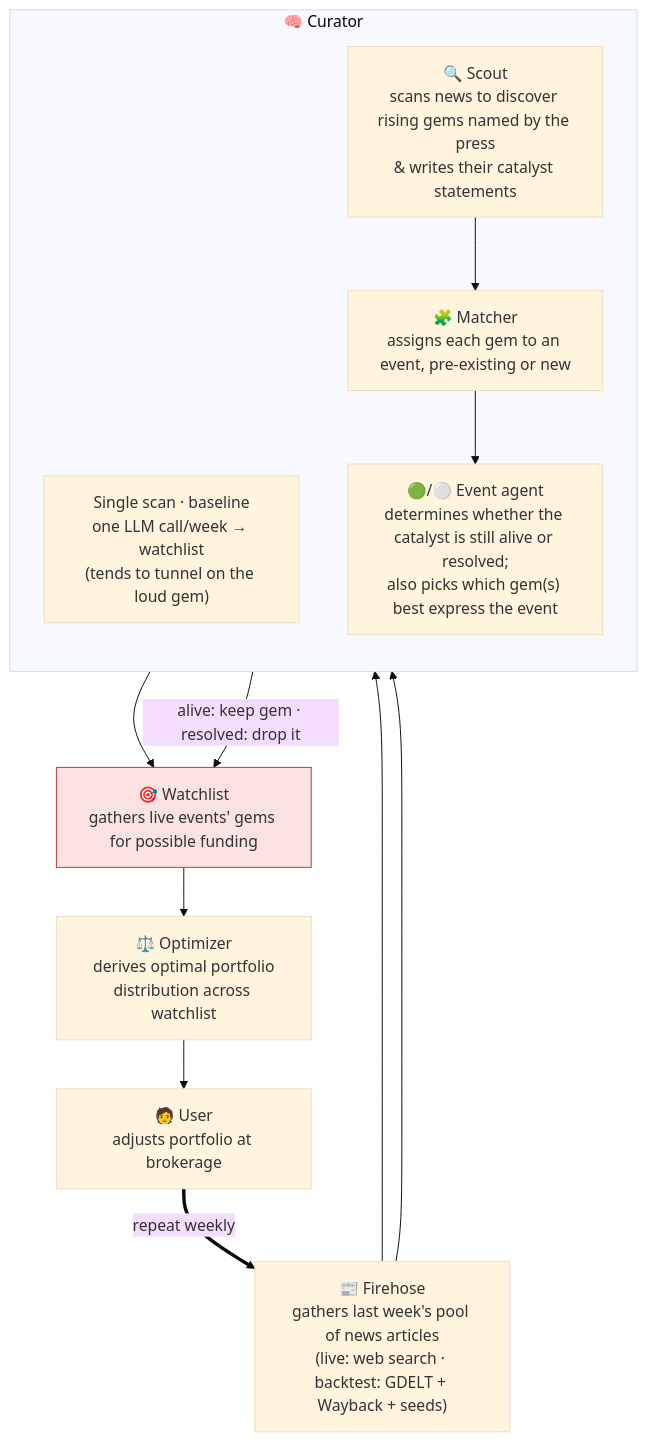
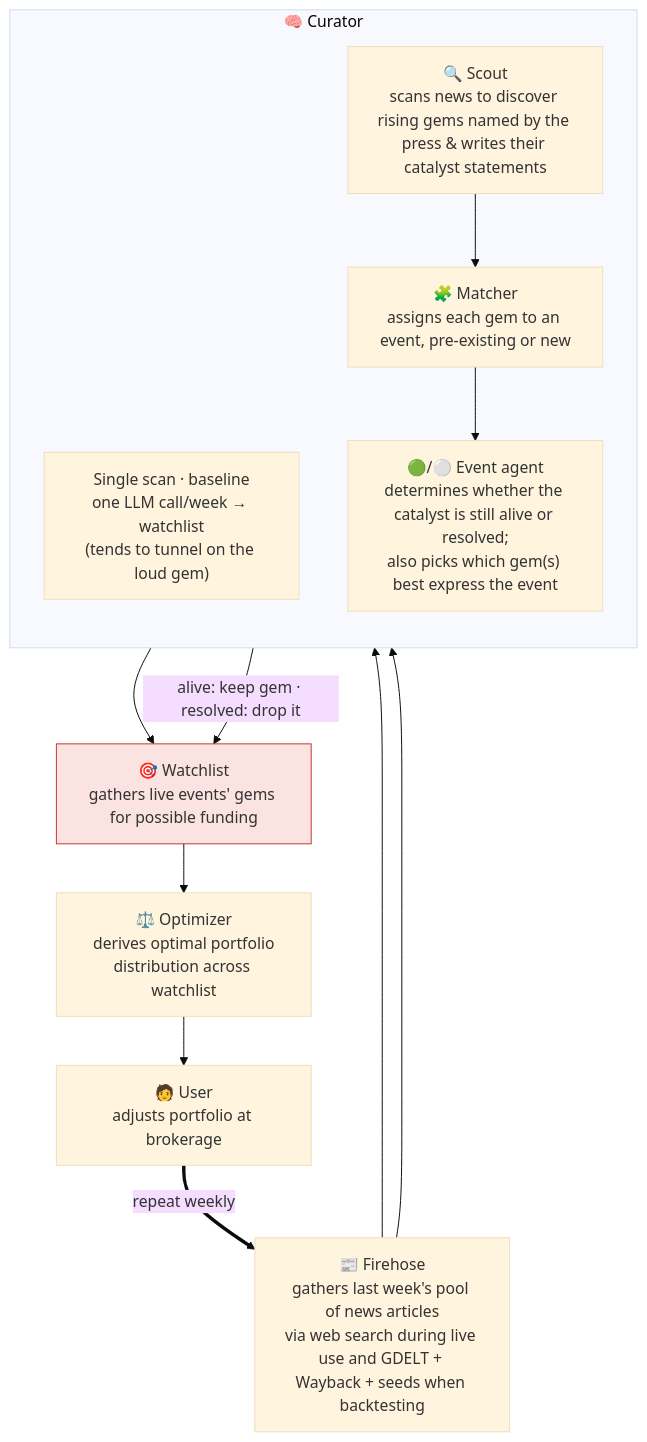
One commit to joehahn/geo-herd-rider changed the diagram in README.md. Above: the diagram before and after it, drawn with Mermaid (base theme).

Commit message:
README: diagram — one-line Scout node; reword Firehose source modes

````diff
--- a/README.md
+++ b/README.md
@@ -18,27 +18,27 @@
 ```mermaid
 flowchart TD
-    S["📰 Firehose<br/>gathers last week's pool of news articles<br/>(live: web search · backtest: GDELT + Wayback + seeds)"]
+    S["📰 Firehose<br/>gathers last week's pool of news articles<br/>via web search during live use and GDELT + Wayback + seeds when backtesting"]
 
     subgraph CUR["🧠 Curator"]
       direction TB
       SS["Single scan · baseline<br/>one LLM call/week → watchlist<br/>(tends to tunnel on the loud gem)"]
-      SC["🔍 Scout<br/>scans news to discover rising gems named by the press<br/>& writes their catalyst statements"]
+      SC["🔍 Scout<br/>scans news to discover rising gems named by the press & writes their catalyst statements"]
       MA["🧩 Matcher<br/>assigns each gem to an event, pre-existing or new"]
       AG["🟢/⚪ Event agent<br/>determines whether the catalyst is still alive or resolved;<br/>also picks which gem(s) best express the event"]
       SC --> MA --> AG
     end
 
     E["🎯 Watchlist<br/>gathers live events' gems for possible funding"]
     W["⚖️ Optimizer<br/>derives optimal portfolio<br/>distribution across watchlist"]
     U["🧑 User<br/>adjusts portfolio at brokerage"]
 
     S --> SS
     S --> SC
     SS --> E
     AG -- "alive: keep gem · resolved: drop it" --> E
     E --> W --> U
     U == "repeat weekly" ==> S
 
     classDef bet fill:#fae3e0,stroke:#c0392b;
     class E bet
 ```
````
